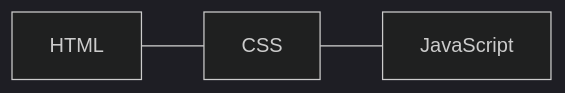
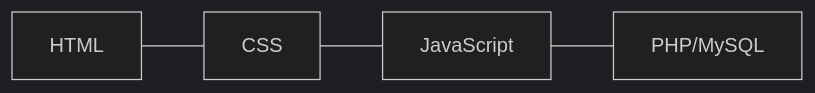
The fifth of 6 diagrams in README.md (moustaphaotf/web-fondamentals), drawn with Mermaid (dark theme) before and after one commit. The commit also changed other lines of this file and 2 other files, not shown here.

````diff
--- a/README.md
+++ b/README.md
@@ -93,5 +93,6 @@
 ```mermaid
 flowchart LR
 HTML --- CSS
 CSS --- JavaScript
+JavaScript --- PHP/MySQL
 ```
````
